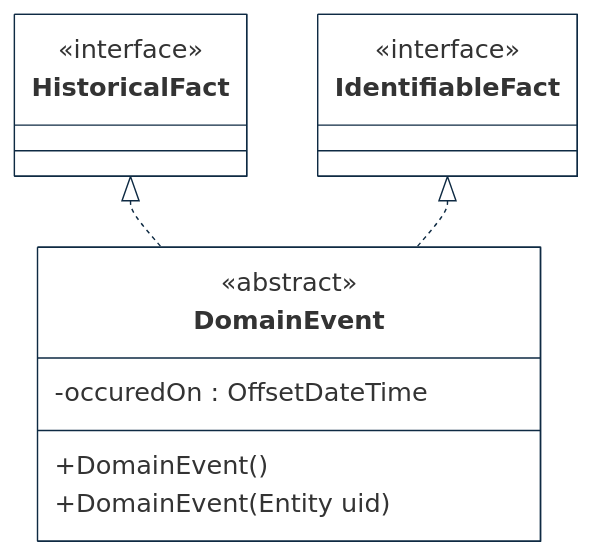
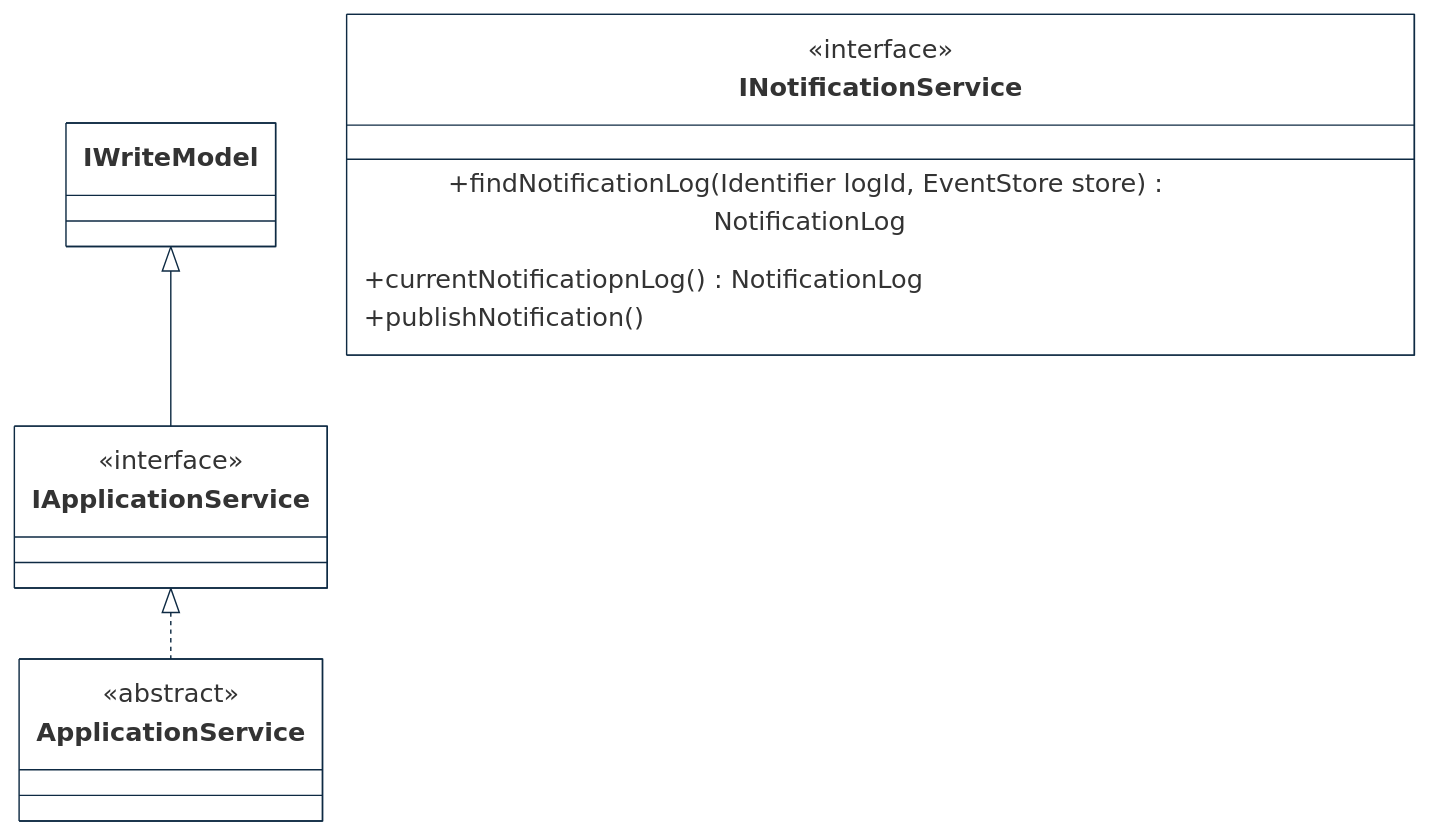
Before and after one commit to cybnity/foundation: the third of 3 diagrams in implementations-line/framework/domain/README.md, drawn with Mermaid. The commit also changed other lines of this file, not shown here.

````diff
--- a/implementations-line/framework/domain/README.md
+++ b/implementations-line/framework/domain/README.md
@@ -13,35 +224,36 @@
 ```mermaid
 %%{
   init: {
     'theme': 'base',
     'themeVariables': {
         'background': '#ffffff',
         'fontFamily': 'arial',
         'fontSize': '18px',
         'primaryColor': '#fff',
         'primaryBorderColor': '#0e2a43',
         'secondaryBorderColor': '#0e2a43',
         'tertiaryBorderColor': '#0e2a43',
         'edgeLabelBackground':'#0e2a43',
         'lineColor': '#0e2a43',
         'tertiaryColor': '#fff'
     }
   }
 }%%
 classDiagram
-    HistoricalFact <|.. DomainEvent
-    IdentifiableFact <|.. DomainEvent
-    class DomainEvent {
-        <<abstract>>
-        -occuredOn : OffsetDateTime
-        +DomainEvent()
-        +DomainEvent(Entity uid)
-    }
-    class HistoricalFact {
+    IWriteModel <|-- IApplicationService
+    IApplicationService <|.. ApplicationService
+    
+    class IApplicationService {
         <<interface>>
     }
-    class IdentifiableFact {
+    class ApplicationService {
+        <<abstract>>
+    }
+    class INotificationService {
         <<interface>>
+        +findNotificationLog(Identifier logId, EventStore store) NotificationLog
+        +currentNotificatiopnLog() NotificationLog
+        +publishNotification()
     }
 
 ```
````
